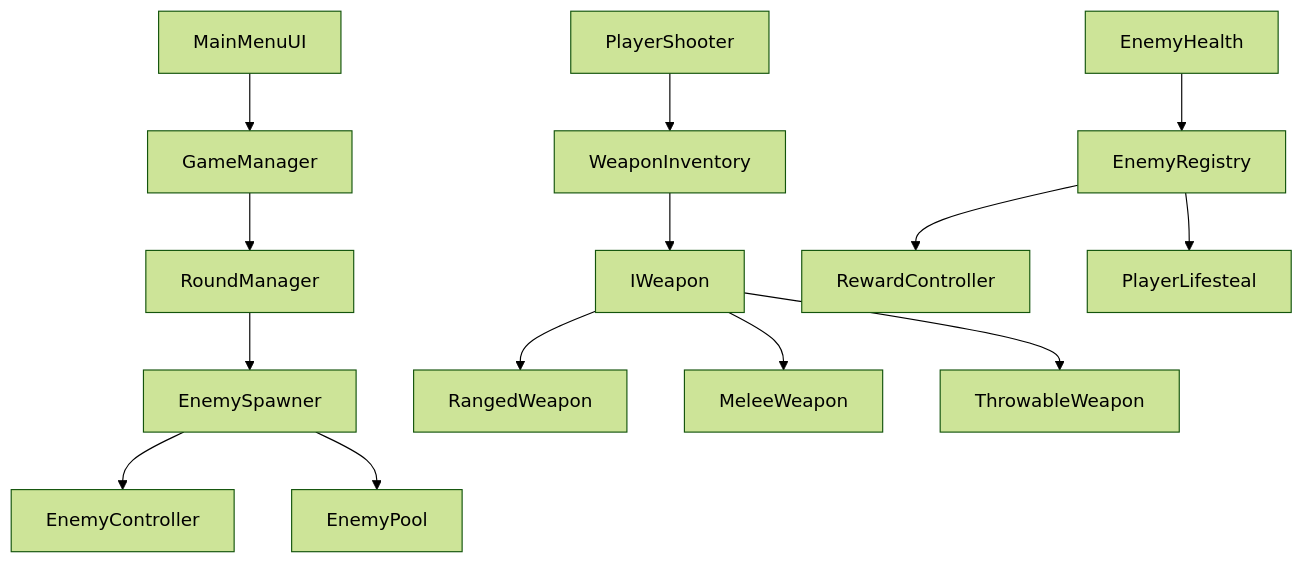
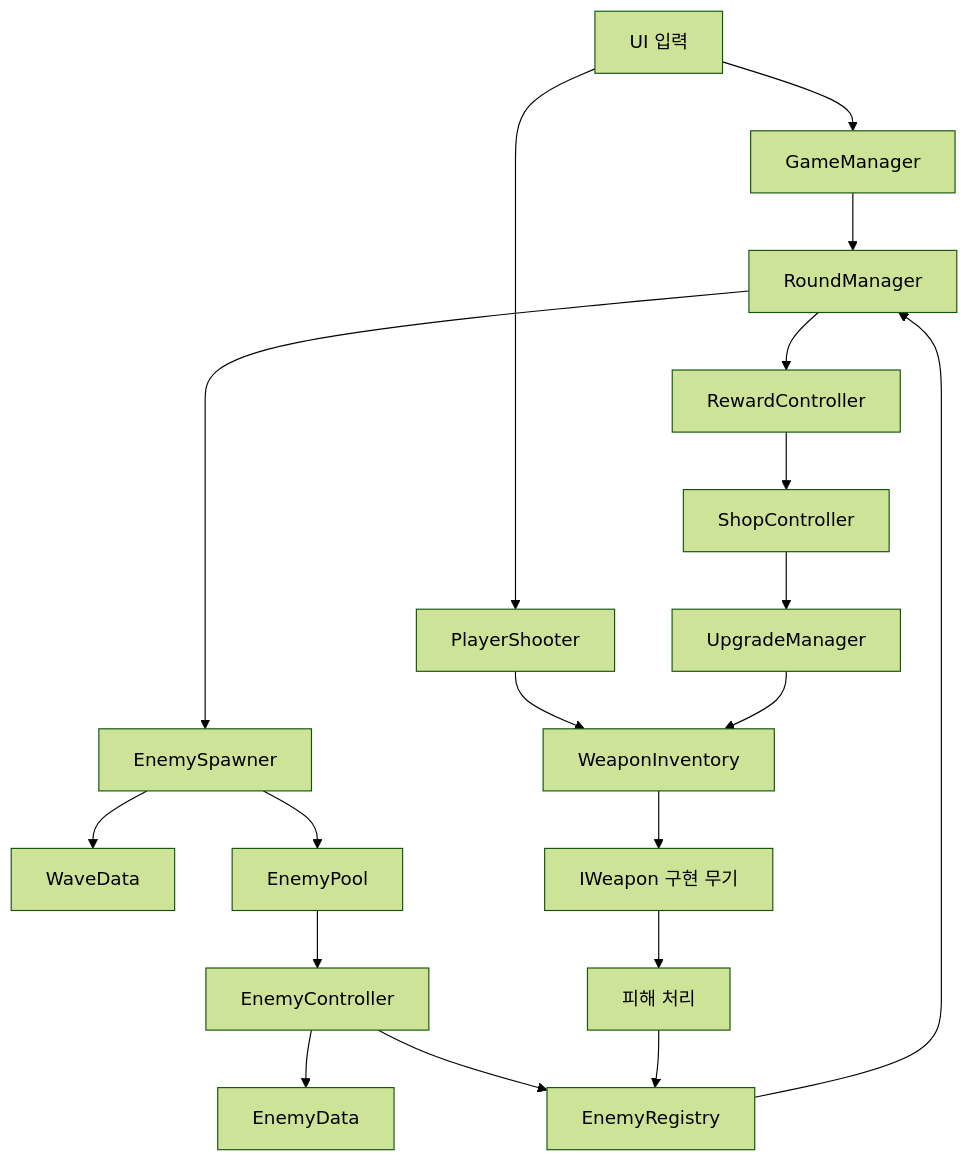
The second of 2 diagrams in README.md (Devel-Rocket-ClassRoom/minigame-project-jeri2779), drawn with Mermaid (forest theme) before and after one commit. The commit also changed other lines of this file, not shown here.

````diff
--- a/README.md
+++ b/README.md
@@ -61,18 +170,23 @@
 ```mermaid
 flowchart TD
-    Menu[MainMenuUI] --> Game[GameManager]
-    Game --> Round[RoundManager]
-    Round --> Spawn[EnemySpawner]
-    Spawn --> Enemy[EnemyController]
-    Spawn --> EnemyPool[EnemyPool]
+    UI[UI 입력] --> GM[GameManager]
+    GM --> RM[RoundManager]
+    RM --> ES[EnemySpawner]
+    ES --> WD[WaveData]
+    ES --> EP[EnemyPool]
+    EP --> EC[EnemyController]
+    EC --> ED[EnemyData]
+    EC --> ER[EnemyRegistry]
+    ER --> RM
 
-    Shooter[PlayerShooter] --> Inventory[WeaponInventory]
-    Inventory --> Weapon[IWeapon]
-    Weapon --> Ranged[RangedWeapon]
-    Weapon --> Melee[MeleeWeapon]
-    Weapon --> Throw[ThrowableWeapon]
+    UI --> PS[PlayerShooter]
+    PS --> WI[WeaponInventory]
+    WI --> IW[IWeapon 구현 무기]
+    IW --> DC[피해 처리]
+    DC --> ER
 
-    Health[EnemyHealth] --> Registry[EnemyRegistry]
-    Registry --> Reward[RewardController]
-    Registry --> Lifesteal[PlayerLifesteal]
+    RM --> RC[RewardController]
+    RC --> SC[ShopController]
+    SC --> UM[UpgradeManager]
+    UM --> WI
 ```
````
